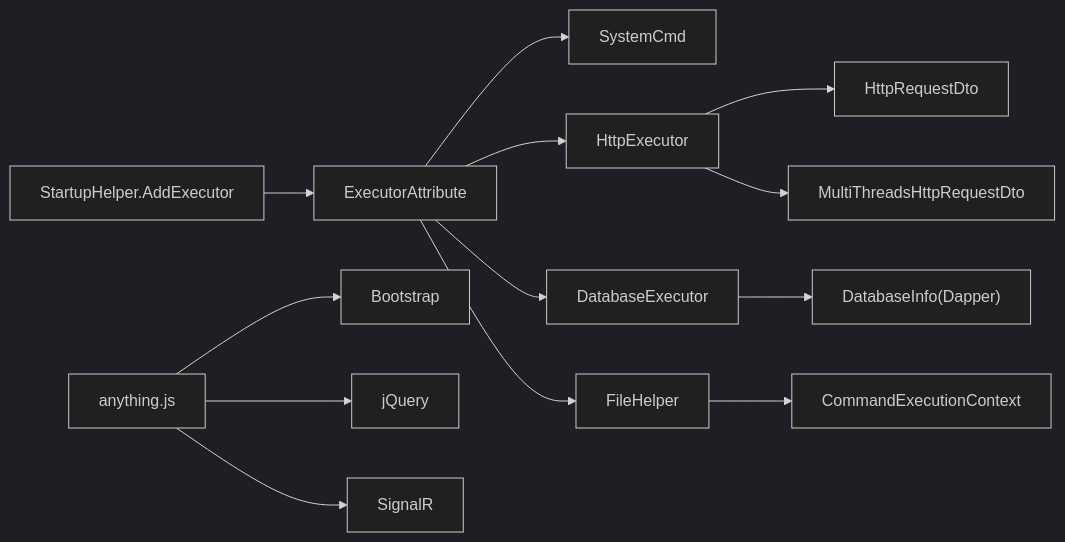
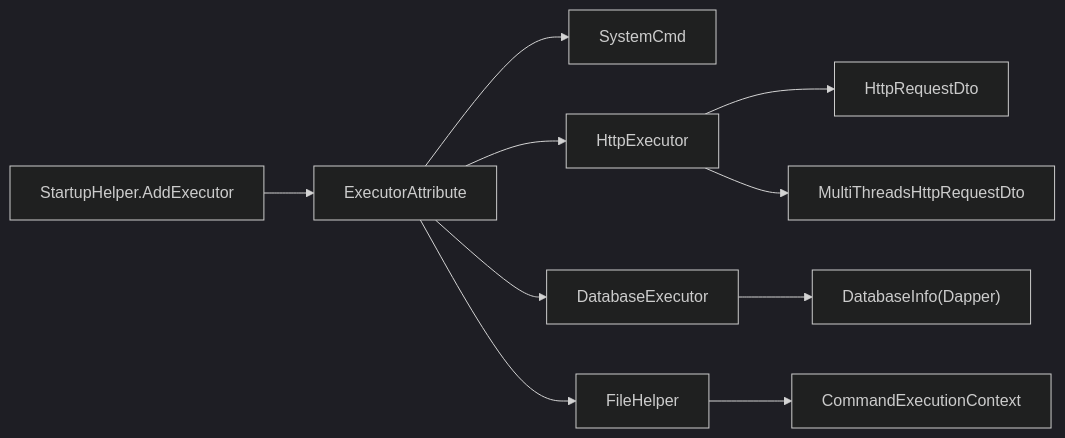
Before and after one commit to Sosososolong/AirGo: the tenth of 10 diagrams in .qoder/repowiki/zh/content/远程主机管理模块/命令执行器系统.md, drawn with Mermaid (dark theme). The commit also changed other lines of this file and 6 other files, not shown here.

````diff
--- a/.qoder/repowiki/zh/content/远程主机管理模块/命令执行器系统.md
+++ b/.qoder/repowiki/zh/content/远程主机管理模块/命令执行器系统.md
@@ -613,15 +508,12 @@
 ```mermaid
 graph LR
 SH["StartupHelper.AddExecutor"] --> EXA["ExecutorAttribute"]
 EXA --> SYS["SystemCmd"]
 EXA --> HTTP["HttpExecutor"]
 EXA --> DBE["DatabaseExecutor"]
 EXA --> FHE["FileHelper"]
 FHE --> CEC["CommandExecutionContext"]
 HTTP --> HREQ["HttpRequestDto"]
 HTTP --> MREQ["MultiThreadsHttpRequestDto"]
 DBE --> DBI["DatabaseInfo(Dapper)"]
-AJAX["anything.js"] --> BOOT["Bootstrap"]
-AJAX --> JQ["jQuery"]
-AJAX --> SIG["SignalR"]
 ```
````
